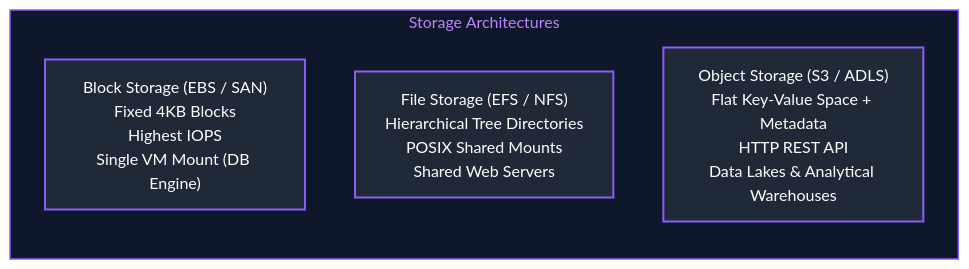
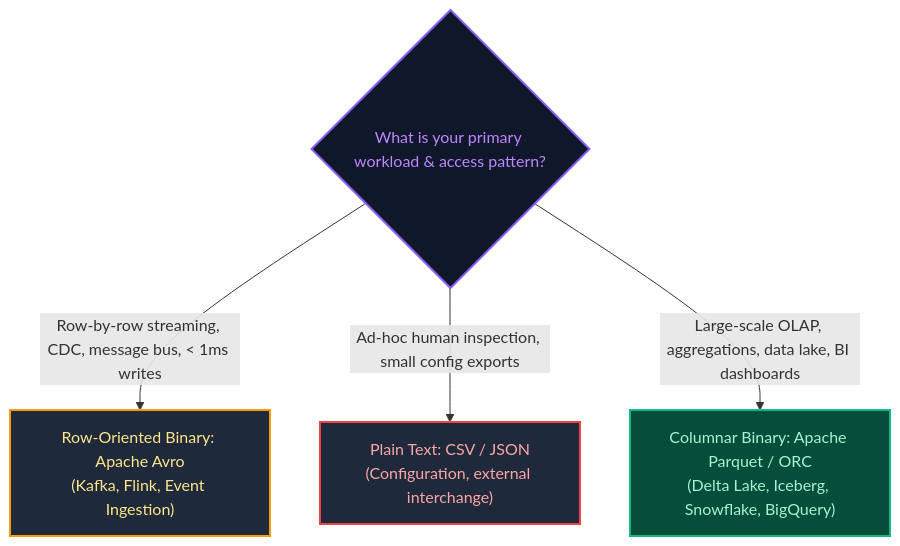
Before and after one commit to joydeep-biswas/Interview-Preparation: the seventh of 11 diagrams in Data Engineering/07_file_formats_and_storage.md, drawn with Mermaid. The commit also changed other lines of this file and 143 other files, not shown here.

````diff
--- a/Data Engineering/07_file_formats_and_storage.md
+++ b/Data Engineering/07_file_formats_and_storage.md
@@ -386,14 +423,13 @@
 ```mermaid
-flowchart LR
-    subgraph StorageTaxonomy ["Storage Architectures"]
-        BS["Block Storage (EBS / SAN)<br/>Fixed 4KB Blocks<br/>Highest IOPS<br/>Single VM Mount (DB Engine)"]
-        FS["File Storage (EFS / NFS)<br/>Hierarchical Tree Directories<br/>POSIX Shared Mounts<br/>Shared Web Servers"]
-        OS["Object Storage (S3 / ADLS)<br/>Flat Key-Value Space + Metadata<br/>HTTP REST API<br/>Data Lakes & Analytical Warehouses"]
-    end
+flowchart TD
+    Decision{"What is your primary workload & access pattern?"}
+    
+    Decision -->|"Row-by-row streaming, CDC, message bus, < 1ms writes"| RowPath["Row-Oriented Binary: Apache Avro<br/>(Kafka, Flink, Event Ingestion)"]
+    Decision -->|"Ad-hoc human inspection, small config exports"| TextPath["Plain Text: CSV / JSON<br/>(Configuration, external interchange)"]
+    Decision -->|"Large-scale OLAP, aggregations, data lake, BI dashboards"| ColPath["Columnar Binary: Apache Parquet / ORC<br/>(Delta Lake, Iceberg, Snowflake, BigQuery)"]
 
-    style StorageTaxonomy fill:#0f172a,stroke:#8b5cf6,stroke-width:1.5px,color:#c084fc
-
-    style BS fill:#1f2937,stroke:#8b5cf6,stroke-width:2px,color:#fff
-    style FS fill:#1f2937,stroke:#8b5cf6,stroke-width:2px,color:#fff
-    style OS fill:#1f2937,stroke:#8b5cf6,stroke-width:2px,color:#fff
+    style Decision fill:#0f172a,stroke:#8b5cf6,stroke-width:2px,color:#c084fc
+    style RowPath fill:#1e293b,stroke:#f59e0b,stroke-width:2px,color:#fde68a
+    style TextPath fill:#1e293b,stroke:#ef4444,stroke-width:2px,color:#fca5a5
+    style ColPath fill:#064e3b,stroke:#10b981,stroke-width:2px,color:#a7f3d0
 ```
````
